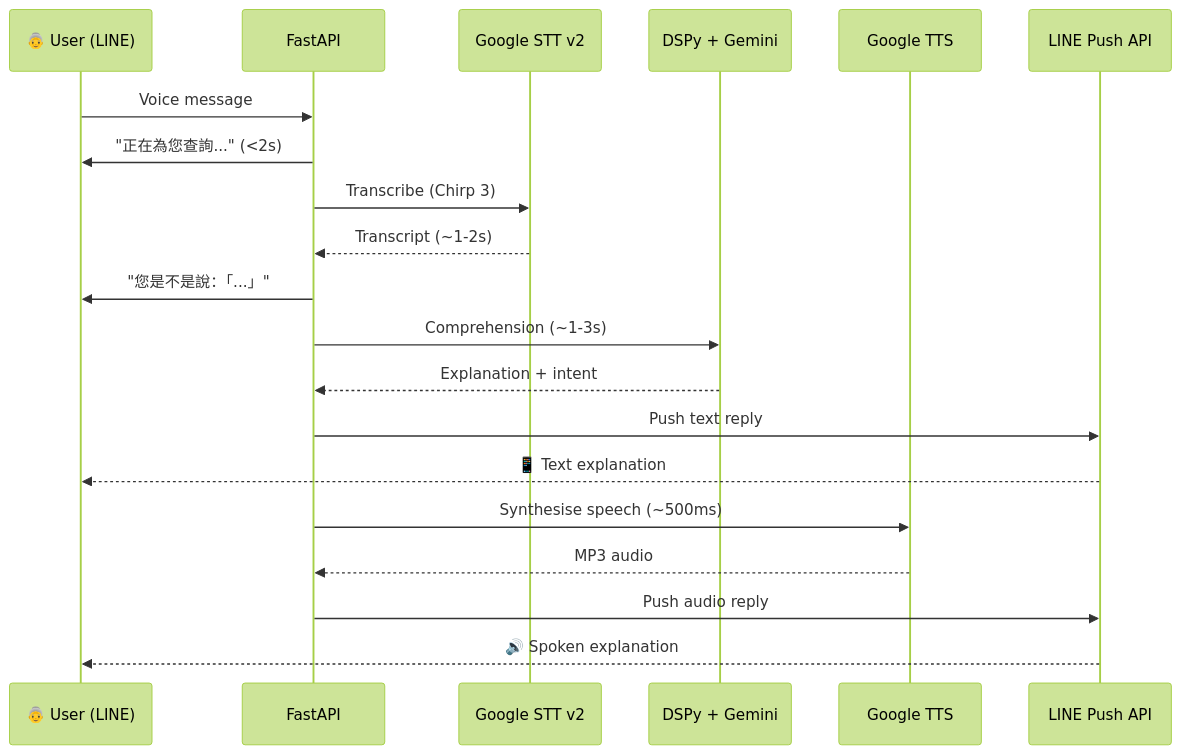
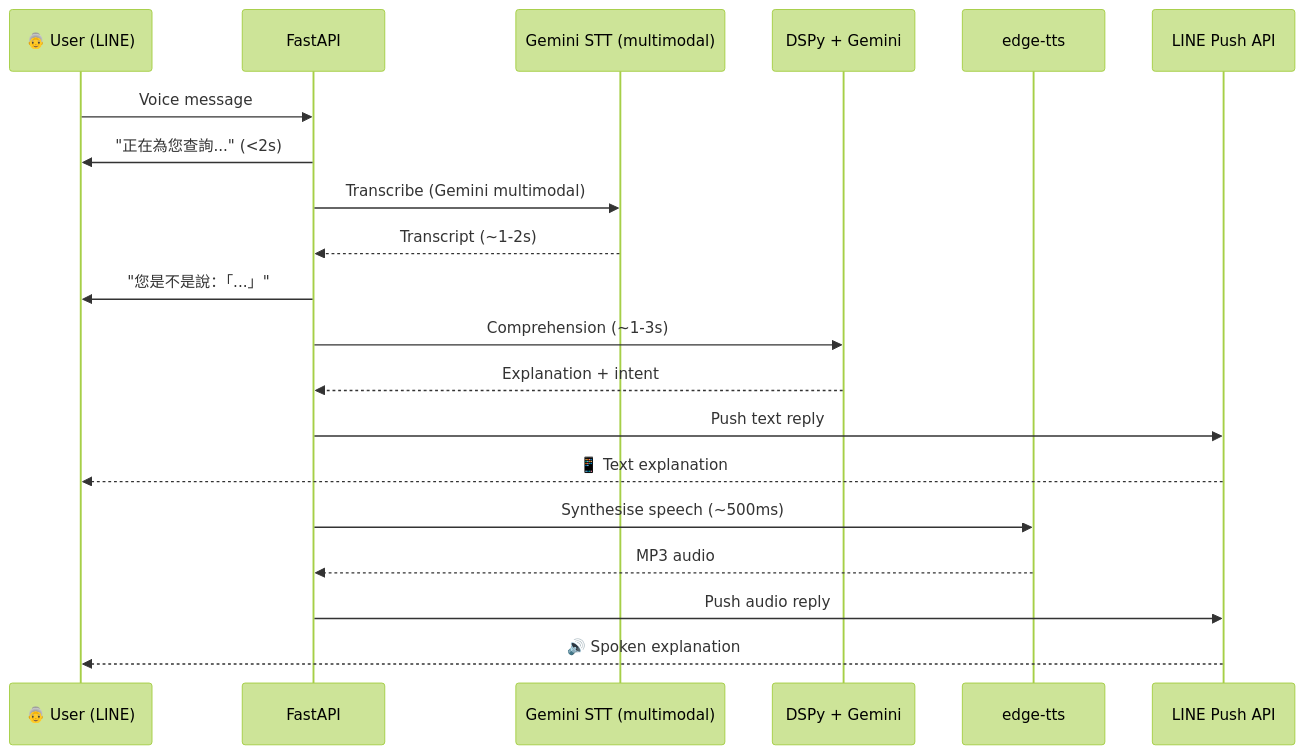
One commit to impravin22/medbuddy changed the third of 4 diagrams in README.md. Above: the diagram before and after it, drawn with Mermaid (forest theme). The commit also changed other lines of this file and 6 other files, not shown here.

````diff
--- a/README.md
+++ b/README.md
@@ -87,23 +87,23 @@
 ```mermaid
 sequenceDiagram
     participant U as 👵 User (LINE)
     participant W as FastAPI
-    participant S as Google STT v2
+    participant S as Gemini STT (multimodal)
     participant G as DSPy + Gemini
-    participant T as Google TTS
+    participant T as edge-tts
     participant L as LINE Push API
 
     U->>W: Voice message
     W->>U: "正在為您查詢..." (<2s)
-    W->>S: Transcribe (Chirp 3)
+    W->>S: Transcribe (Gemini multimodal)
     S-->>W: Transcript (~1-2s)
     W->>U: "您是不是說：「...」"
     W->>G: Comprehension (~1-3s)
     G-->>W: Explanation + intent
     W->>L: Push text reply
     L-->>U: 📱 Text explanation
     W->>T: Synthesise speech (~500ms)
     T-->>W: MP3 audio
     W->>L: Push audio reply
     L-->>U: 🔊 Spoken explanation
 ```
````
